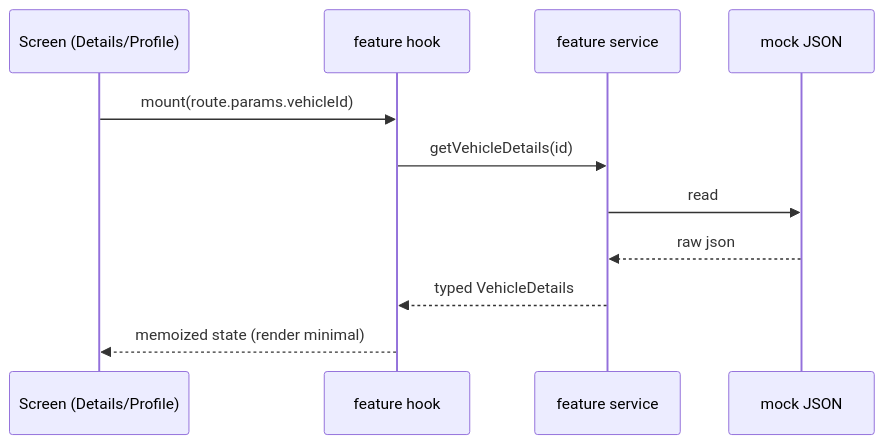
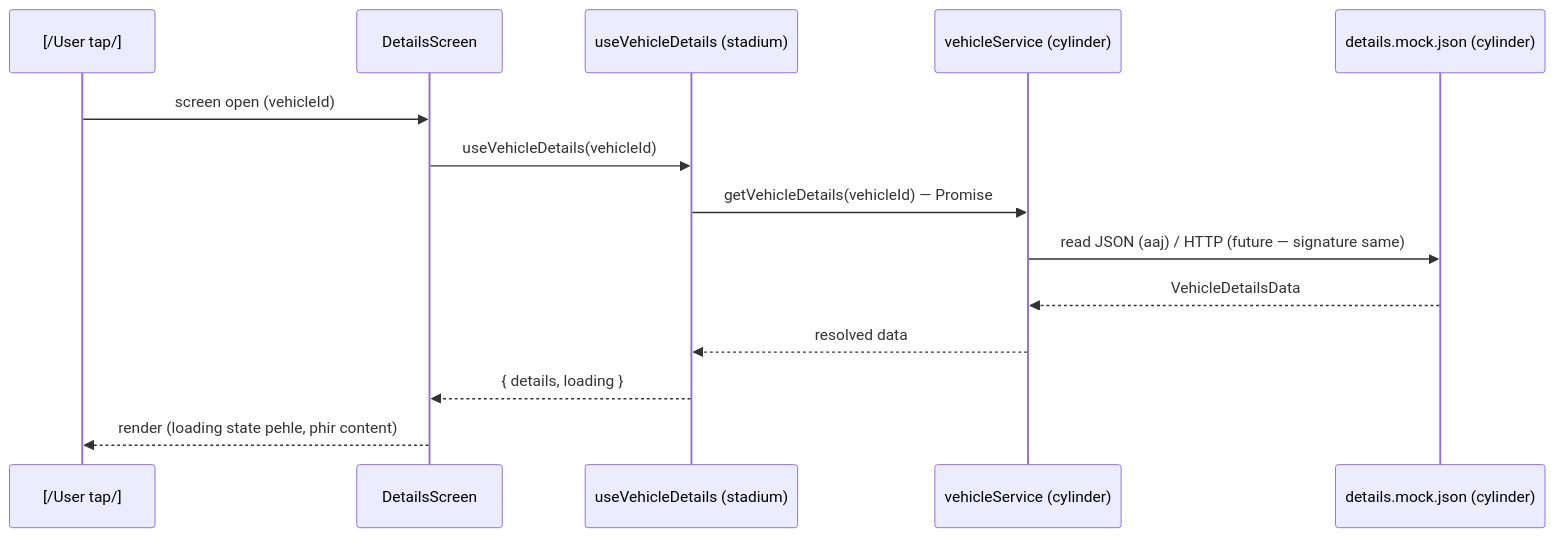
Before and after one commit to devkhizerahmad/connexis-vehicle-tracking-app: the third of 4 diagrams in docs/PROJECT_GUIDE.md, drawn with Mermaid. The commit also changed other lines of this file and 1 other file, not shown here.

Commit message:
docs: regenerate PROJECT_GUIDE md+html (S0–S11) from current repo state — 0 broken links, new gradient + LinearGradient flow documented

````diff
--- a/docs/PROJECT_GUIDE.md
+++ b/docs/PROJECT_GUIDE.md
@@ -167,13 +231,16 @@
 ```mermaid
 sequenceDiagram
-  participant S as Screen (Details/Profile)
-  participant H as feature hook
-  participant V as feature service
-  participant M as mock JSON
-  S->>H: mount(route.params.vehicleId)
-  H->>V: getVehicleDetails(id)
-  V->>M: read
-  M-->>V: raw json
-  V-->>H: typed VehicleDetails
-  H-->>S: memoized state (render minimal)
+  participant U as [/User tap/]
+  participant S as DetailsScreen
+  participant H as useVehicleDetails (stadium)
+  participant SV as vehicleService (cylinder)
+  participant M as details.mock.json (cylinder)
+  U->>S: screen open (vehicleId)
+  S->>H: useVehicleDetails(vehicleId)
+  H->>SV: getVehicleDetails(vehicleId) — Promise
+  SV->>M: read JSON (aaj) / HTTP (future — signature same)
+  M-->>SV: VehicleDetailsData
+  SV-->>H: resolved data
+  H-->>S: { details, loading }
+  S-->>U: render (loading state pehle, phir content)
 ```
````
